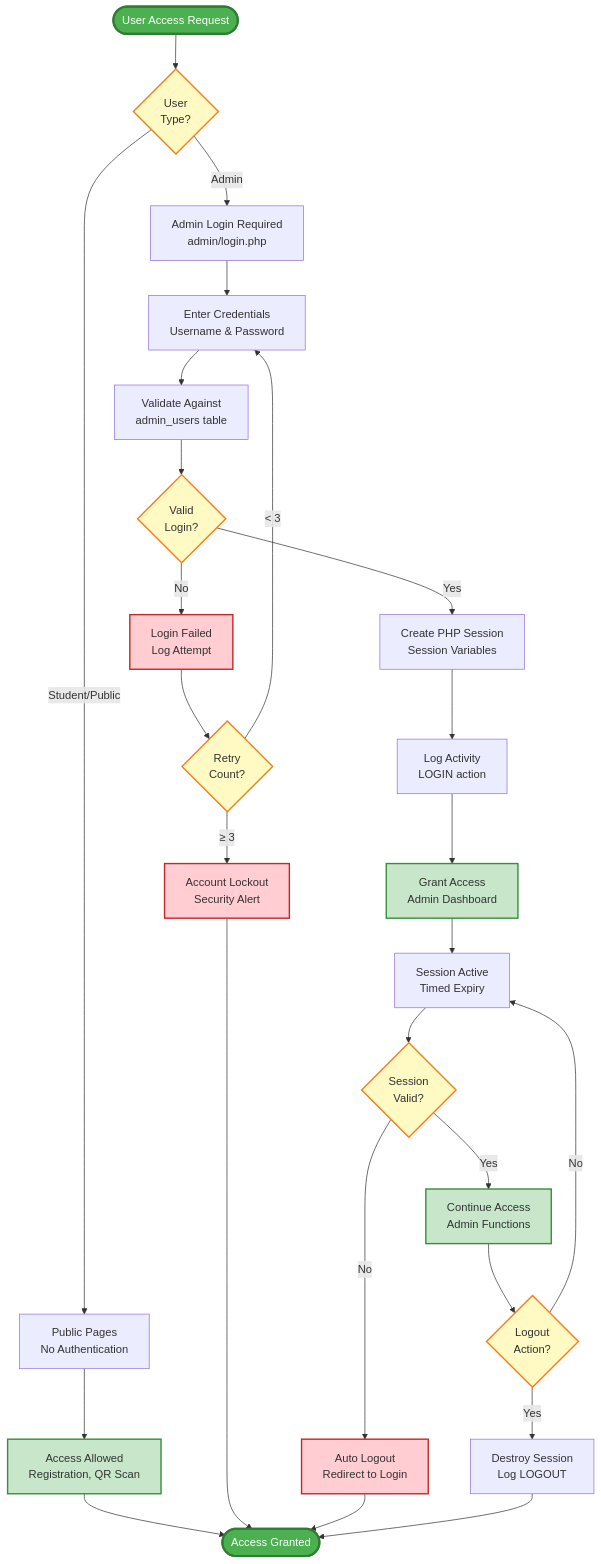
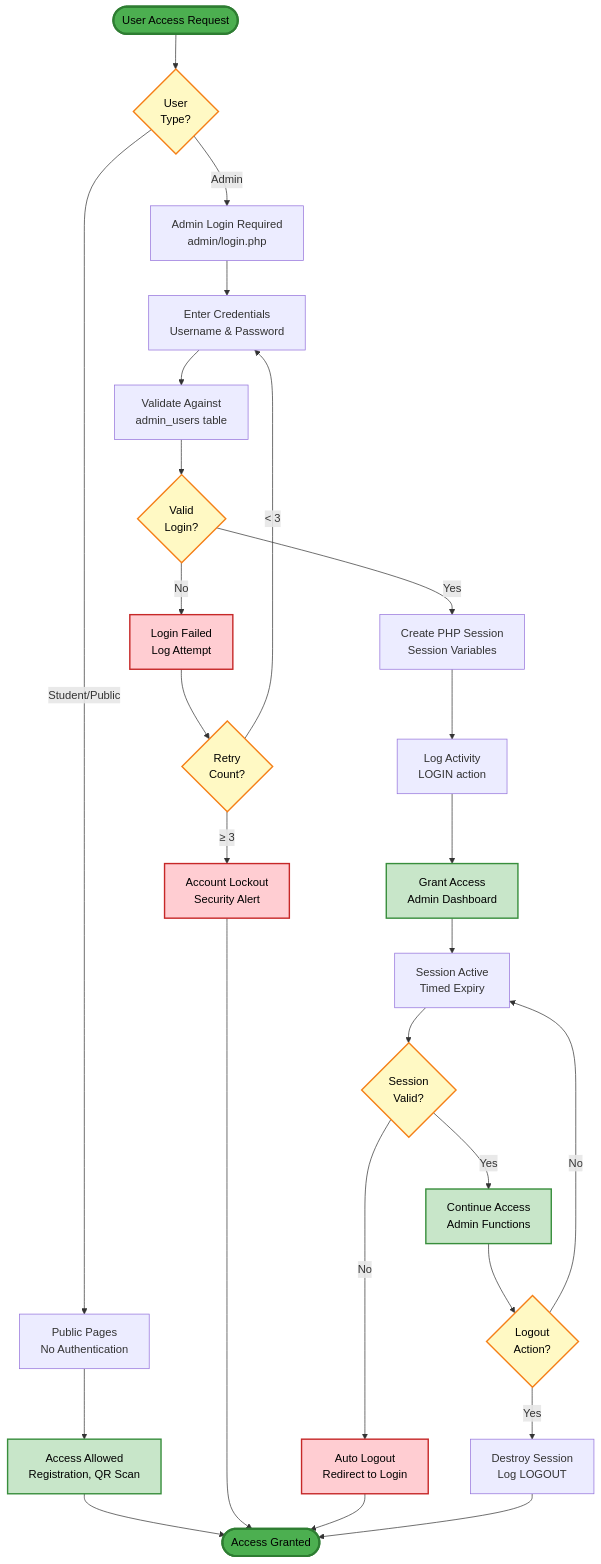
The eighth of 8 diagrams in GENERAL_PROCEDURE_FLOWCHART.md (TsmHabib03/Academy-of-St.Joseph-Claveria-Cagayan-Inc.-Attendance-Checker), drawn with Mermaid before and after one commit. The commit also changed other lines of this file, not shown here.

Commit message:
Flowchart successfully Iniatialized and Complete

````diff
--- a/GENERAL_PROCEDURE_FLOWCHART.md
+++ b/GENERAL_PROCEDURE_FLOWCHART.md
@@ -313,58 +356,58 @@
 ```mermaid
 flowchart TD
     Start([User Access Request]) --> A{User<br/>Type?}
     
     A -->|Student/Public| B[Public Pages<br/>No Authentication]
     A -->|Admin| C[Admin Login Required<br/>admin/login.php]
     
     B --> D[Access Allowed<br/>Registration, QR Scan]
     
     C --> E[Enter Credentials<br/>Username & Password]
     
     E --> F[Validate Against<br/>admin_users table]
     
     F --> G{Valid<br/>Login?}
     
     G -->|No| H[Login Failed<br/>Log Attempt]
     G -->|Yes| I[Create PHP Session<br/>Session Variables]
     
     H --> J{Retry<br/>Count?}
     
     J -->|< 3| E
     J -->|≥ 3| K[Account Lockout<br/>Security Alert]
     
     I --> L[Log Activity<br/>LOGIN action]
     
     L --> M[Grant Access<br/>Admin Dashboard]
     
     M --> N[Session Active<br/>Timed Expiry]
     
     N --> O{Session<br/>Valid?}
     
     O -->|No| P[Auto Logout<br/>Redirect to Login]
     O -->|Yes| Q[Continue Access<br/>Admin Functions]
     
     Q --> R{Logout<br/>Action?}
     
     R -->|No| N
     R -->|Yes| S[Destroy Session<br/>Log LOGOUT]
     
     D --> End([Access Granted])
     K --> End
     P --> End
     S --> End
     
-    style Start fill:#4CAF50,stroke:#2E7D32,stroke-width:3px,color:#fff
-    style End fill:#4CAF50,stroke:#2E7D32,stroke-width:3px,color:#fff
-    style A fill:#FFF9C4,stroke:#F57F17,stroke-width:2px
-    style G fill:#FFF9C4,stroke:#F57F17,stroke-width:2px
-    style J fill:#FFF9C4,stroke:#F57F17,stroke-width:2px
-    style O fill:#FFF9C4,stroke:#F57F17,stroke-width:2px
-    style R fill:#FFF9C4,stroke:#F57F17,stroke-width:2px
-    style H fill:#FFCDD2,stroke:#C62828,stroke-width:2px
-    style K fill:#FFCDD2,stroke:#C62828,stroke-width:2px
-    style P fill:#FFCDD2,stroke:#C62828,stroke-width:2px
-    style D fill:#C8E6C9,stroke:#388E3C,stroke-width:2px
-    style M fill:#C8E6C9,stroke:#388E3C,stroke-width:2px
-    style Q fill:#C8E6C9,stroke:#388E3C,stroke-width:2px
+    style Start fill:#4CAF50,stroke:#2E7D32,stroke-width:3px,color:#000
+    style End fill:#4CAF50,stroke:#2E7D32,stroke-width:3px,color:#000
+    style A fill:#FFF9C4,stroke:#F57F17,stroke-width:2px,color:#000
+    style G fill:#FFF9C4,stroke:#F57F17,stroke-width:2px,color:#000
+    style J fill:#FFF9C4,stroke:#F57F17,stroke-width:2px,color:#000
+    style O fill:#FFF9C4,stroke:#F57F17,stroke-width:2px,color:#000
+    style R fill:#FFF9C4,stroke:#F57F17,stroke-width:2px,color:#000
+    style H fill:#FFCDD2,stroke:#C62828,stroke-width:2px,color:#000
+    style K fill:#FFCDD2,stroke:#C62828,stroke-width:2px,color:#000
+    style P fill:#FFCDD2,stroke:#C62828,stroke-width:2px,color:#000
+    style D fill:#C8E6C9,stroke:#388E3C,stroke-width:2px,color:#000
+    style M fill:#C8E6C9,stroke:#388E3C,stroke-width:2px,color:#000
+    style Q fill:#C8E6C9,stroke:#388E3C,stroke-width:2px,color:#000
 ```
````
